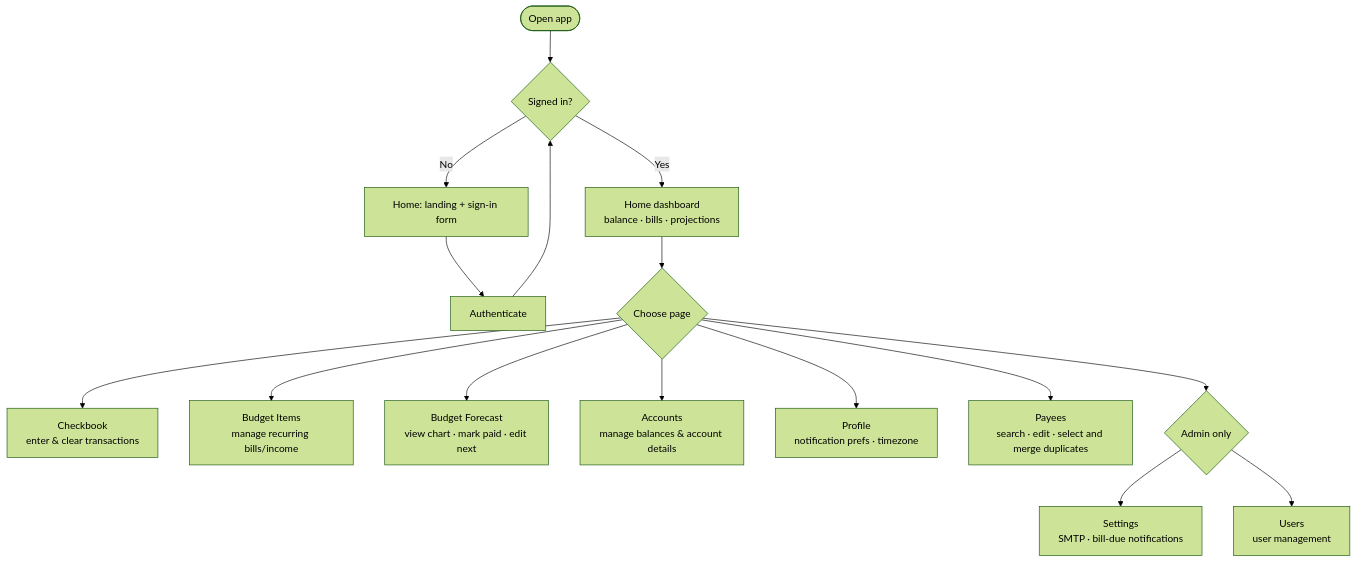
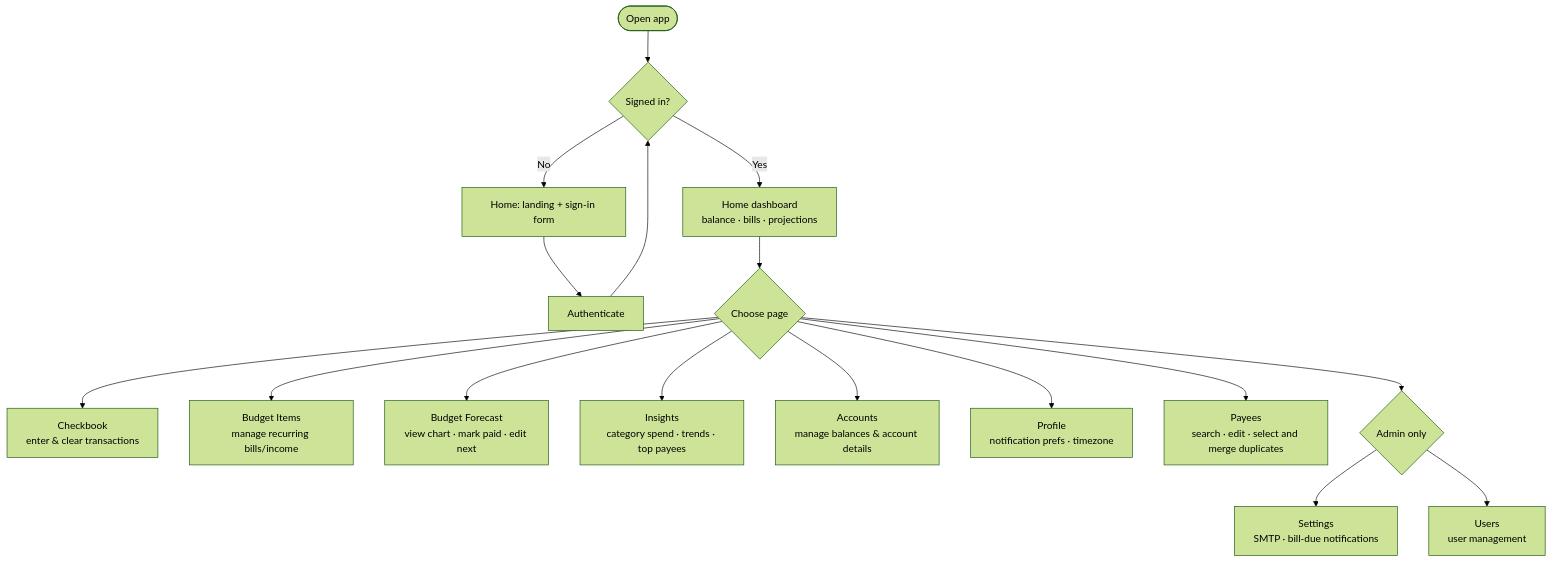
Before and after one commit to clintonfrankland/its-a-budget: the second of 2 diagrams in README.md, drawn with Mermaid (forest theme). The commit also changed other lines of this file and 9 other files, not shown here.

````diff
--- a/README.md
+++ b/README.md
@@ -69,18 +69,19 @@
 ```mermaid
 flowchart TD
     A([Open app]) --> B{Signed in?}
     B -- No --> C[Home: landing + sign-in form]
     C --> D[Authenticate]
     D --> B
     B -- Yes --> E[Home dashboard\nbalance · bills · projections]
     E --> F{Choose page}
     F --> G[Checkbook\nenter & clear transactions]
     F --> H[Budget Items\nmanage recurring bills/income]
     F --> I[Budget Forecast\nview chart · mark paid · edit next]
-    F --> J[Accounts\nmanage balances & account details]
-    F --> K[Profile\nnotification prefs · timezone]
-    F --> L[Payees\nsearch · edit · select and merge duplicates]
+    F --> J[Insights\ncategory spend · trends · top payees]
+    F --> K[Accounts\nmanage balances & account details]
+    F --> L[Profile\nnotification prefs · timezone]
+    F --> P[Payees\nsearch · edit · select and merge duplicates]
     F --> M{Admin only}
     M --> N[Settings\nSMTP · bill-due notifications]
     M --> O[Users\nuser management]
 ```
````
